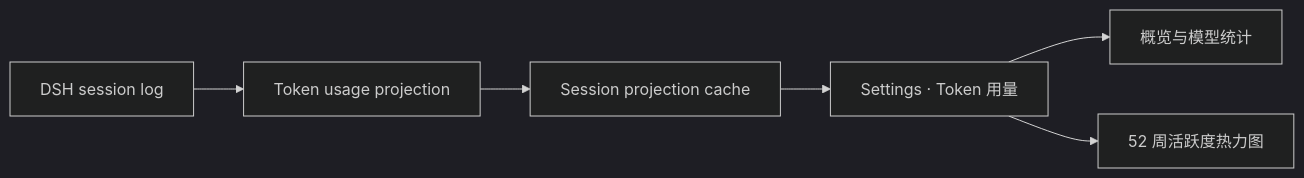
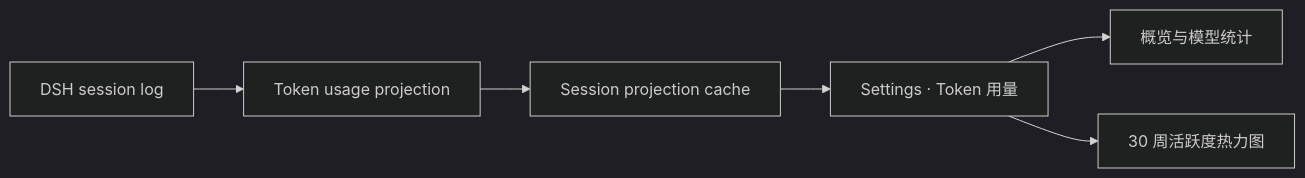
Before and after one commit to LeemanCheung/dsh-token-usage: the diagram in README.md, drawn with Mermaid (dark theme). The commit also changed other lines of this file and 8 other files, not shown here.

````diff
--- a/README.md
+++ b/README.md
@@ -76,8 +76,8 @@
 ```mermaid
 flowchart LR
   A[DSH session log] --> B[Token usage projection]
   B --> C[Session projection cache]
   C --> D[Settings · Token 用量]
   D --> E[概览与模型统计]
-  D --> F[52 周活跃度热力图]
+  D --> F[30 周活跃度热力图]
 ```
````
